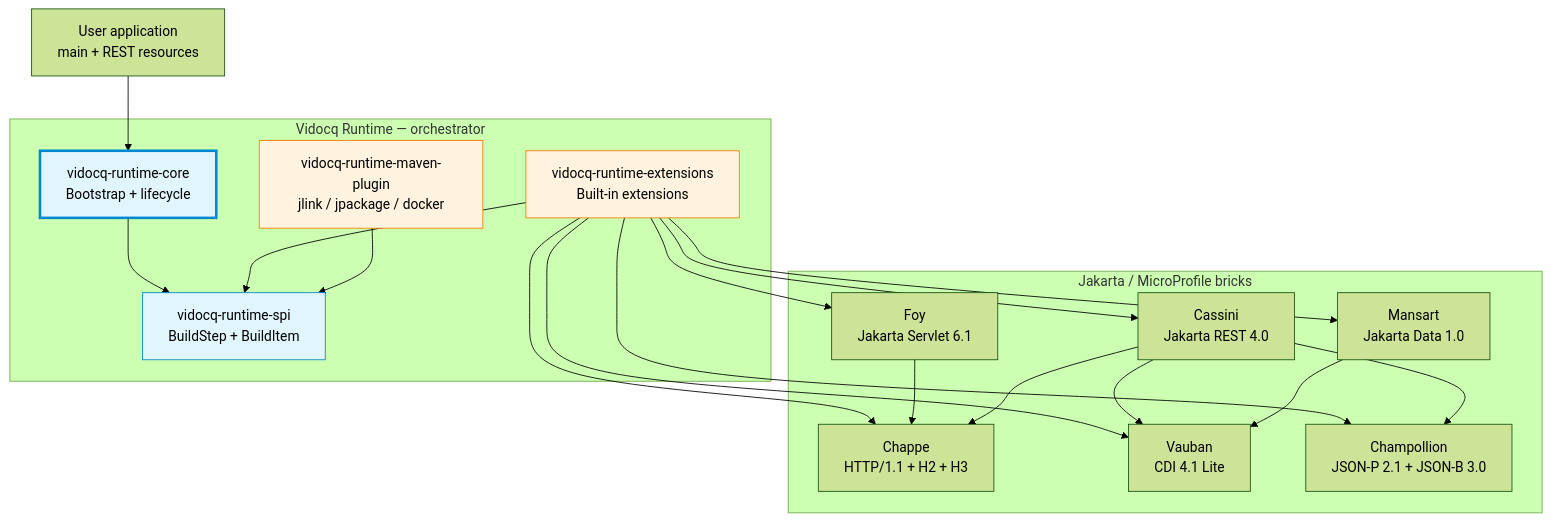
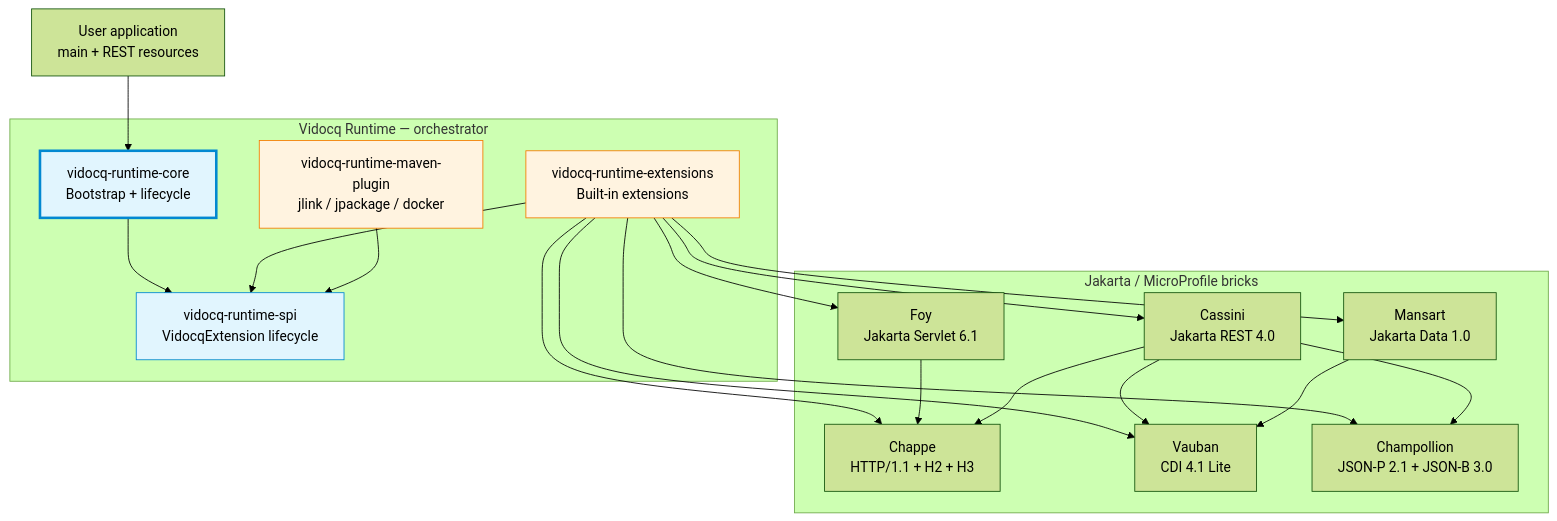
One commit to vidocq-stack/vidocq changed the diagram in docs/en/modules/ROOT/pages/index.adoc. Above: the diagram before and after it, drawn with Mermaid (forest theme). The commit also changed other lines of this file and 10 other files, not shown here.

```diff
--- a/docs/en/modules/ROOT/pages/index.adoc
+++ b/docs/en/modules/ROOT/pages/index.adoc
@@ -45,44 +45,44 @@
 [mermaid]
 ....
 graph TB
     subgraph "Vidocq Runtime — orchestrator"
         MPS[vidocq-runtime-core<br/>Bootstrap + lifecycle]
-        SPI[vidocq-runtime-spi<br/>BuildStep + BuildItem]
+        SPI[vidocq-runtime-spi<br/>VidocqExtension lifecycle]
         EXT[vidocq-runtime-extensions<br/>Built-in extensions]
         PLUGIN[vidocq-runtime-maven-plugin<br/>jlink / jpackage / docker]
     end
 
     subgraph "Jakarta / MicroProfile bricks"
         CHAPPE[Chappe<br/>HTTP/1.1 + H2 + H3]
         FOY[Foy<br/>Jakarta Servlet 6.1]
         CASSINI[Cassini<br/>Jakarta REST 4.0]
         VAUBAN[Vauban<br/>CDI 4.1 Lite]
         CHAMPOLLION[Champollion<br/>JSON-P 2.1 + JSON-B 3.0]
         MANSART[Mansart<br/>Jakarta Data 1.0]
     end
 
     APP[User application<br/>main + REST resources]
 
     APP --> MPS
     MPS --> SPI
     EXT --> SPI
     PLUGIN --> SPI
 
     EXT --> CHAPPE
     EXT --> VAUBAN
     EXT --> CHAMPOLLION
     EXT --> FOY
     EXT --> CASSINI
     EXT --> MANSART
 
     FOY --> CHAPPE
     CASSINI --> CHAPPE
     CASSINI --> VAUBAN
     CASSINI --> CHAMPOLLION
     MANSART --> VAUBAN
 
     style MPS fill:#e1f5fe,stroke:#0288d1,stroke-width:3px
     style SPI fill:#e1f5fe,stroke:#0288d1
     style EXT fill:#fff3e0,stroke:#f57c00
     style PLUGIN fill:#fff3e0,stroke:#f57c00
 ....
```
